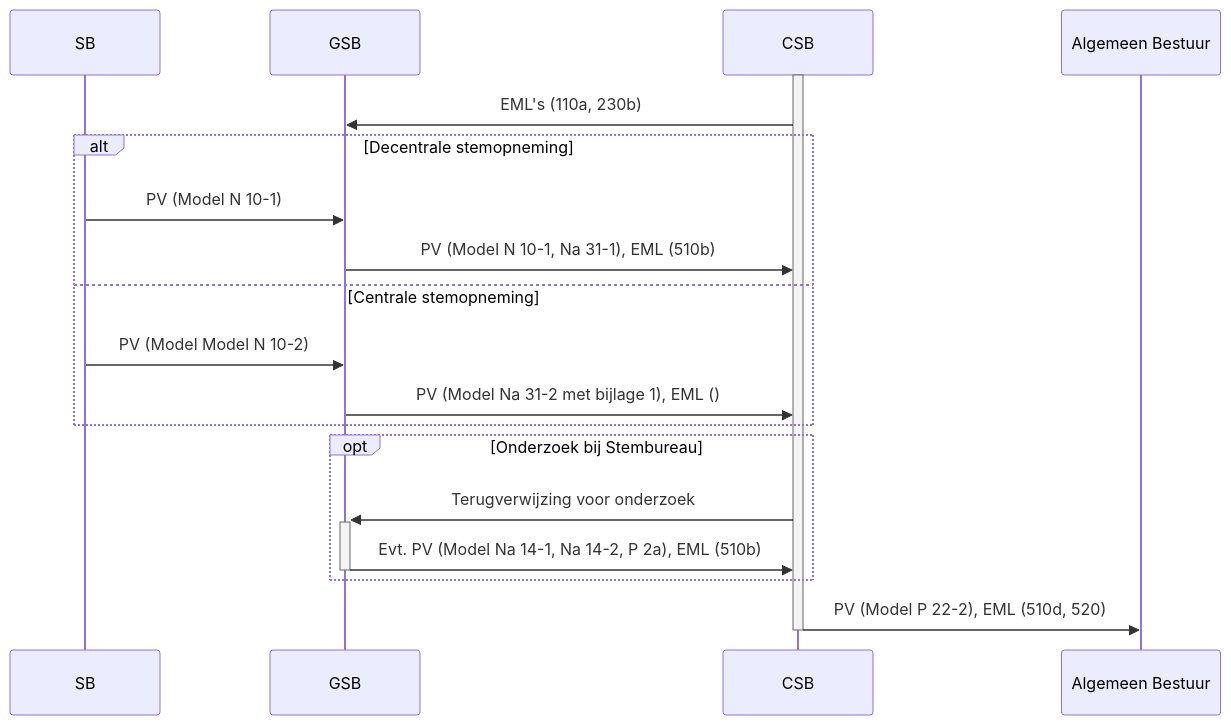
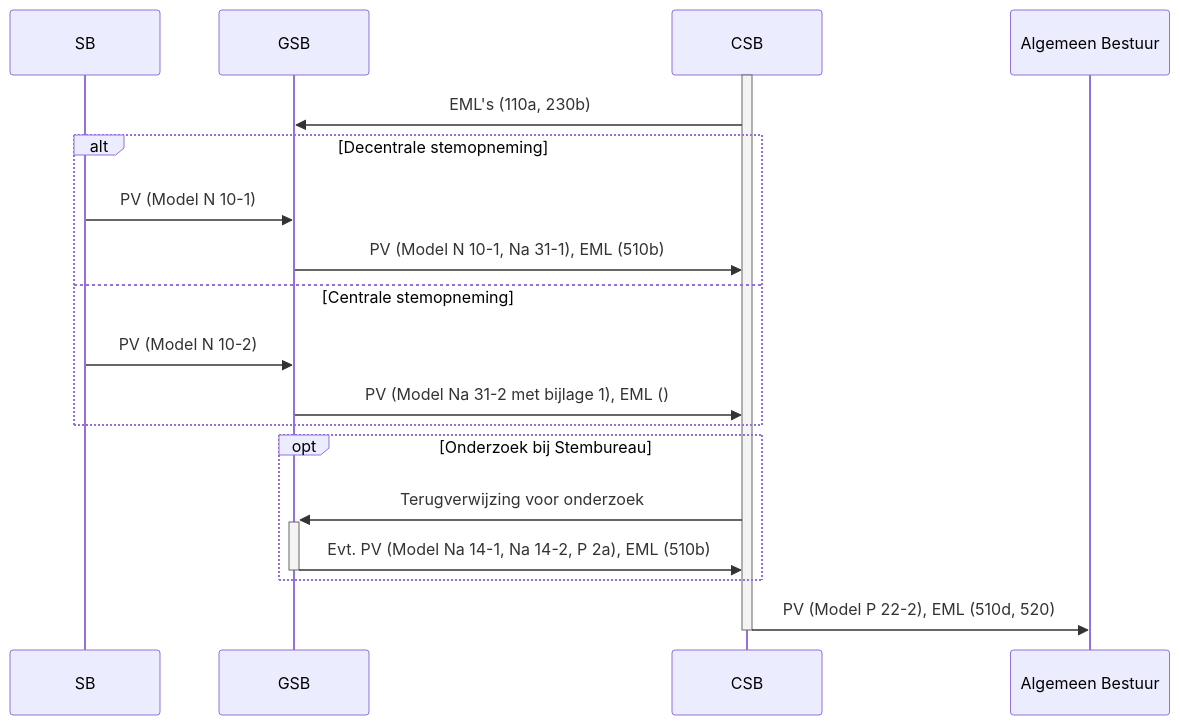
The third of 5 diagrams in verkiezingsproces/verloop-verkiezingen.md (kiesraad/abacus-documentatie), drawn with Mermaid before and after one commit. The commit also changed other lines of this file and 8 other files, not shown here.

````diff
--- a/verkiezingsproces/verloop-verkiezingen.md
+++ b/verkiezingsproces/verloop-verkiezingen.md
@@ -173,20 +173,20 @@
 ```mermaid
 sequenceDiagram
     participant SB
     participant GSB
     participant CSB
     activate CSB
     CSB->>GSB: EML's (110a, 230b)
     alt Decentrale stemopneming
       SB->>GSB: PV (Model N 10-1)
       GSB->>CSB: PV (Model N 10-1, Na 31-1), EML (510b)
     else Centrale stemopneming
-      SB->>GSB: PV (Model Model N 10-2)
+      SB->>GSB: PV (Model N 10-2)
       GSB->>CSB: PV (Model Na 31-2 met bijlage 1), EML ()
     end
     opt Onderzoek bij Stembureau
       CSB->>+GSB: Terugverwijzing voor onderzoek
       GSB->>-CSB: Evt. PV (Model Na 14-1, Na 14-2, P 2a), EML (510b)
     end
     CSB->>-Algemeen Bestuur: PV (Model P 22-2), EML (510d, 520)
 ```
````
